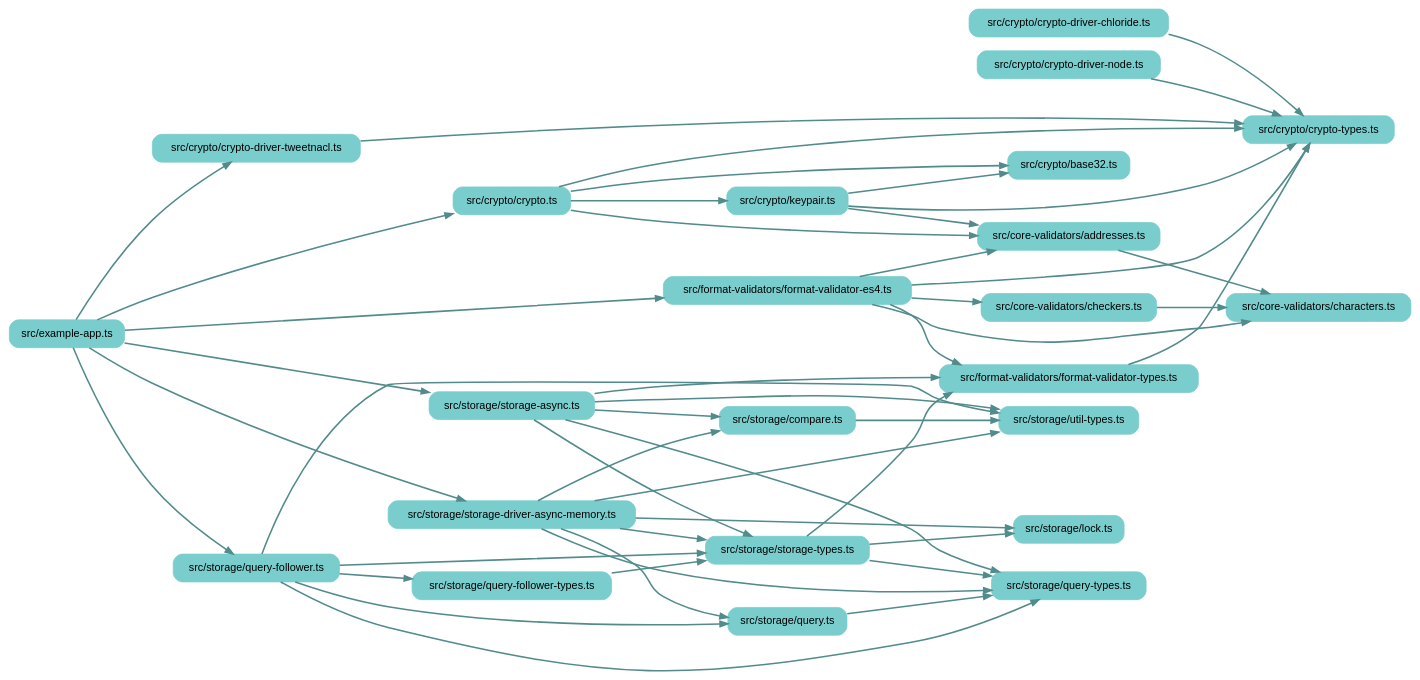
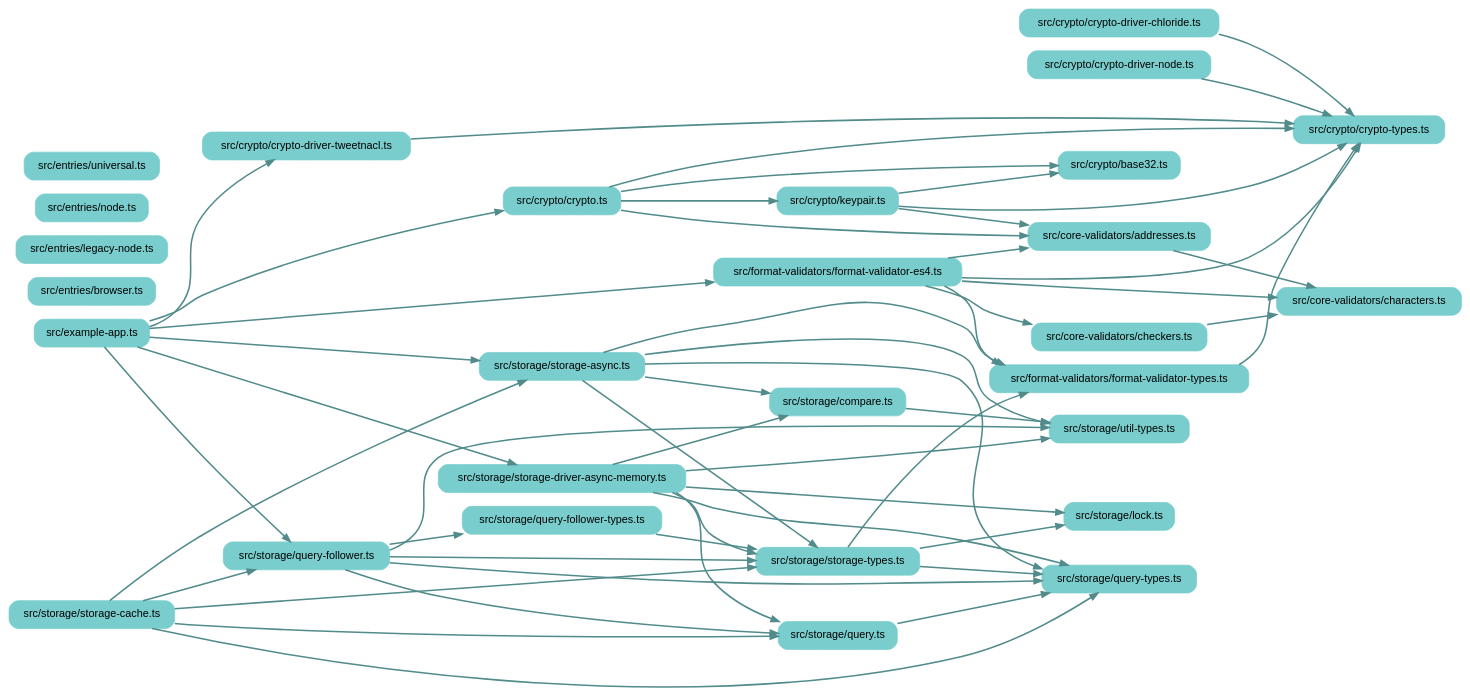
Before and after one commit to earthstar-project/earthstar: the diagram in depchart/depchart-loose.dot, drawn with Graphviz. The commit also changed 11 other files, not shown here.

```diff
--- a/depchart/depchart-loose.dot
+++ b/depchart/depchart-loose.dot
@@ -1,86 +1,96 @@
 
 digraph G {
     //splines=line;
     //splines=polyline;
     splines=true;
     rankdir=LR;
     //newrank=true;
     compound=true;
     graph [fontname = "helvetica"];  // dpi=72
     node [fontname = "helvetica"];
     edge [fontname = "helvetica"];
     
     // files in their folder clusters
         "src/example-app.ts" [label="src/example-app.ts", shape=rectangle; style="rounded,filled"; color=darkslategray3];
         "src/core-validators/addresses.ts" [label="src/core-validators/addresses.ts", shape=rectangle; style="rounded,filled"; color=darkslategray3];
             "src/core-validators/characters.ts" [label="src/core-validators/characters.ts", shape=rectangle; style="rounded,filled"; color=darkslategray3];
             "src/core-validators/checkers.ts" [label="src/core-validators/checkers.ts", shape=rectangle; style="rounded,filled"; color=darkslategray3];
         "src/crypto/base32.ts" [label="src/crypto/base32.ts", shape=rectangle; style="rounded,filled"; color=darkslategray3];
             "src/crypto/crypto-driver-chloride.ts" [label="src/crypto/crypto-driver-chloride.ts", shape=rectangle; style="rounded,filled"; color=darkslategray3];
             "src/crypto/crypto-driver-node.ts" [label="src/crypto/crypto-driver-node.ts", shape=rectangle; style="rounded,filled"; color=darkslategray3];
             "src/crypto/crypto-driver-tweetnacl.ts" [label="src/crypto/crypto-driver-tweetnacl.ts", shape=rectangle; style="rounded,filled"; color=darkslategray3];
             "src/crypto/crypto-types.ts" [label="src/crypto/crypto-types.ts", shape=rectangle; style="rounded,filled"; color=darkslategray3];
             "src/crypto/crypto.ts" [label="src/crypto/crypto.ts", shape=rectangle; style="rounded,filled"; color=darkslategray3];
             "src/crypto/keypair.ts" [label="src/crypto/keypair.ts", shape=rectangle; style="rounded,filled"; color=darkslategray3];
+        "src/entries/browser.ts" [label="src/entries/browser.ts", shape=rectangle; style="rounded,filled"; color=darkslategray3];
+            "src/entries/legacy-node.ts" [label="src/entries/legacy-node.ts", shape=rectangle; style="rounded,filled"; color=darkslategray3];
+            "src/entries/node.ts" [label="src/entries/node.ts", shape=rectangle; style="rounded,filled"; color=darkslategray3];
+            "src/entries/universal.ts" [label="src/entries/universal.ts", shape=rectangle; style="rounded,filled"; color=darkslategray3];
         "src/format-validators/format-validator-es4.ts" [label="src/format-validators/format-validator-es4.ts", shape=rectangle; style="rounded,filled"; color=darkslategray3];
             "src/format-validators/format-validator-types.ts" [label="src/format-validators/format-validator-types.ts", shape=rectangle; style="rounded,filled"; color=darkslategray3];
         "src/storage/compare.ts" [label="src/storage/compare.ts", shape=rectangle; style="rounded,filled"; color=darkslategray3];
             "src/storage/lock.ts" [label="src/storage/lock.ts", shape=rectangle; style="rounded,filled"; color=darkslategray3];
             "src/storage/query-follower-types.ts" [label="src/storage/query-follower-types.ts", shape=rectangle; style="rounded,filled"; color=darkslategray3];
             "src/storage/query-follower.ts" [label="src/storage/query-follower.ts", shape=rectangle; style="rounded,filled"; color=darkslategray3];
             "src/storage/query-types.ts" [label="src/storage/query-types.ts", shape=rectangle; style="rounded,filled"; color=darkslategray3];
             "src/storage/query.ts" [label="src/storage/query.ts", shape=rectangle; style="rounded,filled"; color=darkslategray3];
             "src/storage/storage-async.ts" [label="src/storage/storage-async.ts", shape=rectangle; style="rounded,filled"; color=darkslategray3];
+            "src/storage/storage-cache.ts" [label="src/storage/storage-cache.ts", shape=rectangle; style="rounded,filled"; color=darkslategray3];
             "src/storage/storage-driver-async-memory.ts" [label="src/storage/storage-driver-async-memory.ts", shape=rectangle; style="rounded,filled"; color=darkslategray3];
             "src/storage/storage-types.ts" [label="src/storage/storage-types.ts", shape=rectangle; style="rounded,filled"; color=darkslategray3];
             "src/storage/util-types.ts" [label="src/storage/util-types.ts", shape=rectangle; style="rounded,filled"; color=darkslategray3];
 
     // edges between files
     "src/core-validators/addresses.ts" -> "src/core-validators/characters.ts" [penwidth=2; color=darkslategray4];
     "src/core-validators/checkers.ts" -> "src/core-validators/characters.ts" [penwidth=2; color=darkslategray4];
     "src/crypto/crypto-driver-chloride.ts" -> "src/crypto/crypto-types.ts" [penwidth=2; color=darkslategray4];
     "src/crypto/crypto-driver-node.ts" -> "src/crypto/crypto-types.ts" [penwidth=2; color=darkslategray4];
     "src/crypto/crypto-driver-tweetnacl.ts" -> "src/crypto/crypto-types.ts" [penwidth=2; color=darkslategray4];
     "src/crypto/crypto.ts" -> "src/crypto/crypto-types.ts" [penwidth=2; color=darkslategray4];
     "src/crypto/crypto.ts" -> "src/crypto/base32.ts" [penwidth=2; color=darkslategray4];
     "src/crypto/crypto.ts" -> "src/crypto/keypair.ts" [penwidth=2; color=darkslategray4];
     "src/crypto/crypto.ts" -> "src/core-validators/addresses.ts" [penwidth=2; color=darkslategray4];
     "src/crypto/keypair.ts" -> "src/crypto/base32.ts" [penwidth=2; color=darkslategray4];
     "src/crypto/keypair.ts" -> "src/crypto/crypto-types.ts" [penwidth=2; color=darkslategray4];
     "src/crypto/keypair.ts" -> "src/core-validators/addresses.ts" [penwidth=2; color=darkslategray4];
     "src/example-app.ts" -> "src/format-validators/format-validator-es4.ts" [penwidth=2; color=darkslategray4];
     "src/example-app.ts" -> "src/storage/storage-driver-async-memory.ts" [penwidth=2; color=darkslategray4];
     "src/example-app.ts" -> "src/storage/storage-async.ts" [penwidth=2; color=darkslategray4];
     "src/example-app.ts" -> "src/crypto/crypto.ts" [penwidth=2; color=darkslategray4];
     "src/example-app.ts" -> "src/crypto/crypto-driver-tweetnacl.ts" [penwidth=2; color=darkslategray4];
     "src/example-app.ts" -> "src/storage/query-follower.ts" [penwidth=2; color=darkslategray4];
     "src/format-validators/format-validator-es4.ts" -> "src/format-validators/format-validator-types.ts" [penwidth=2; color=darkslategray4];
     "src/format-validators/format-validator-es4.ts" -> "src/crypto/crypto-types.ts" [penwidth=2; color=darkslategray4];
     "src/format-validators/format-validator-es4.ts" -> "src/core-validators/characters.ts" [penwidth=2; color=darkslategray4];
     "src/format-validators/format-validator-es4.ts" -> "src/core-validators/checkers.ts" [penwidth=2; color=darkslategray4];
     "src/format-validators/format-validator-es4.ts" -> "src/core-validators/addresses.ts" [penwidth=2; color=darkslategray4];
     "src/format-validators/format-validator-types.ts" -> "src/crypto/crypto-types.ts" [penwidth=2; color=darkslategray4];
     "src/storage/compare.ts" -> "src/storage/util-types.ts" [penwidth=2; color=darkslategray4];
     "src/storage/query-follower-types.ts" -> "src/storage/storage-types.ts" [penwidth=2; color=darkslategray4];
     "src/storage/query-follower.ts" -> "src/storage/util-types.ts" [penwidth=2; color=darkslategray4];
     "src/storage/query-follower.ts" -> "src/storage/query-types.ts" [penwidth=2; color=darkslategray4];
     "src/storage/query-follower.ts" -> "src/storage/storage-types.ts" [penwidth=2; color=darkslategray4];
     "src/storage/query-follower.ts" -> "src/storage/query.ts" [penwidth=2; color=darkslategray4];
     "src/storage/query-follower.ts" -> "src/storage/query-follower-types.ts" [penwidth=2; color=darkslategray4];
     "src/storage/query.ts" -> "src/storage/query-types.ts" [penwidth=2; color=darkslategray4];
     "src/storage/storage-async.ts" -> "src/storage/util-types.ts" [penwidth=2; color=darkslategray4];
     "src/storage/storage-async.ts" -> "src/storage/query-types.ts" [penwidth=2; color=darkslategray4];
     "src/storage/storage-async.ts" -> "src/storage/storage-types.ts" [penwidth=2; color=darkslategray4];
     "src/storage/storage-async.ts" -> "src/format-validators/format-validator-types.ts" [penwidth=2; color=darkslategray4];
     "src/storage/storage-async.ts" -> "src/storage/compare.ts" [penwidth=2; color=darkslategray4];
+    "src/storage/storage-cache.ts" -> "src/storage/query.ts" [penwidth=2; color=darkslategray4];
+    "src/storage/storage-cache.ts" -> "src/storage/query-follower.ts" [penwidth=2; color=darkslategray4];
+    "src/storage/storage-cache.ts" -> "src/storage/query-types.ts" [penwidth=2; color=darkslategray4];
+    "src/storage/storage-cache.ts" -> "src/storage/storage-async.ts" [penwidth=2; color=darkslategray4];
+    "src/storage/storage-cache.ts" -> "src/storage/storage-types.ts" [penwidth=2; color=darkslategray4];
     "src/storage/storage-driver-async-memory.ts" -> "src/storage/util-types.ts" [penwidth=2; color=darkslategray4];
     "src/storage/storage-driver-async-memory.ts" -> "src/storage/query-types.ts" [penwidth=2; color=darkslategray4];
     "src/storage/storage-driver-async-memory.ts" -> "src/storage/storage-types.ts" [penwidth=2; color=darkslategray4];
     "src/storage/storage-driver-async-memory.ts" -> "src/storage/compare.ts" [penwidth=2; color=darkslategray4];
     "src/storage/storage-driver-async-memory.ts" -> "src/storage/query.ts" [penwidth=2; color=darkslategray4];
     "src/storage/storage-driver-async-memory.ts" -> "src/storage/lock.ts" [penwidth=2; color=darkslategray4];
     "src/storage/storage-types.ts" -> "src/storage/query-types.ts" [penwidth=2; color=darkslategray4];
     "src/storage/storage-types.ts" -> "src/format-validators/format-validator-types.ts" [penwidth=2; color=darkslategray4];
     "src/storage/storage-types.ts" -> "src/storage/lock.ts" [penwidth=2; color=darkslategray4];
 
 }
```
